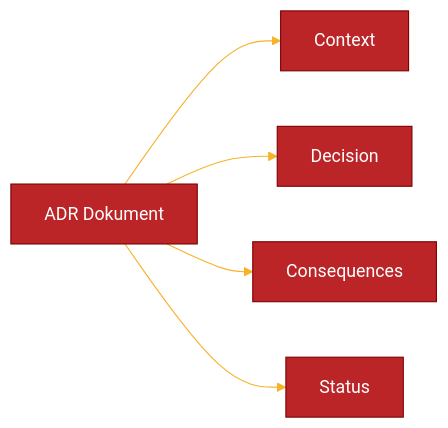
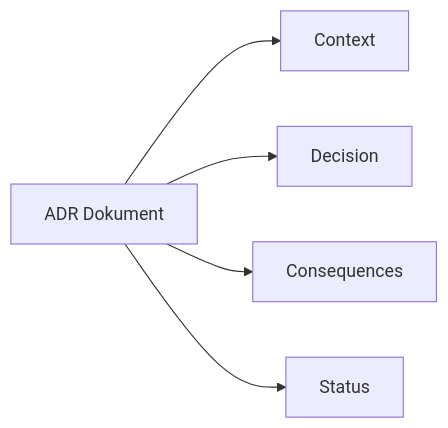
Before and after one commit to Geonitab/architecture_as_code: the diagram in docs/images/diagram_04_adr_struktur.mmd, drawn with Mermaid. The commit also changed 46 other files, not shown here.

Commit message:
Align Mermaid visuals with accessible Kvadrat theme

```diff
--- a/docs/images/diagram_04_adr_struktur.mmd
+++ b/docs/images/diagram_04_adr_struktur.mmd
@@ -1,16 +1,5 @@
----
-config:
-  theme: 'base'
-  themeVariables:
-    primaryColor: '#BB2528'
-    primaryTextColor: '#fff'
-    primaryBorderColor: '#7C0000'
-    lineColor: '#F8B229'
-    secondaryColor: '#006100'
-    tertiaryColor: '#fff'
----
 graph LR
-    ADR[ADR Dokument] --> Context[Context]
-    ADR --> Decision[Decision]
-    ADR --> Consequences[Consequences]
-    ADR --> Status[Status]
+    ADR[ADR Dokument]:::kv-primary --> Context[Context]:::kv-highlight
+    ADR --> Decision[Decision]:::kv-accent
+    ADR --> Consequences[Consequences]:::kv-accent
+    ADR --> Status[Status]:::kv-highlight
```
